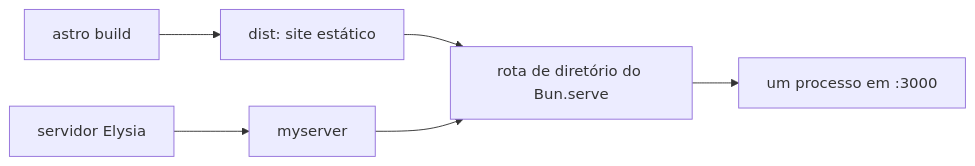
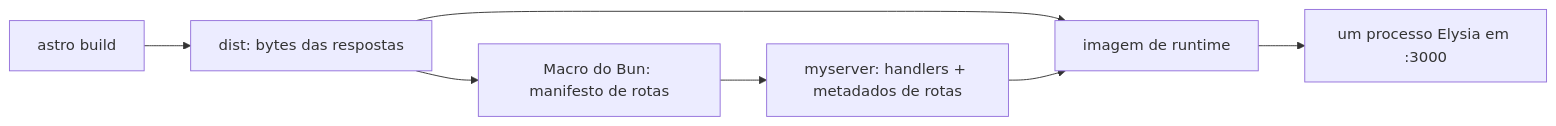
One commit to ErickCReis/ErickCReis changed the first of 2 diagrams in web/content/blog/shipping-astro-from-a-bun-server.pt-BR.mdx. Above: the diagram before and after it, drawn with Mermaid. The commit also changed other lines of this file and 4 other files, not shown here.

Commit message:
Upgrade Bun and refresh server asset handling

````diff
--- a/web/content/blog/shipping-astro-from-a-bun-server.pt-BR.mdx
+++ b/web/content/blog/shipping-astro-from-a-bun-server.pt-BR.mdx
@@ -10,8 +10,9 @@
 ```mermaid center
 flowchart LR
-  Astro["astro build"] --> Dist["dist: site estático"]
-  Server["servidor Elysia"] --> Binary["myserver"]
-  Dist --> Directory["rota de diretório do Bun.serve"]
-  Binary --> Directory
-  Directory --> Process["um processo em :3000"]
+  Astro["astro build"] --> Dist["dist: bytes das respostas"]
+  Dist --> Macro["Macro do Bun: manifesto de rotas"]
+  Macro --> Binary["myserver: handlers + metadados de rotas"]
+  Dist --> Image["imagem de runtime"]
+  Binary --> Image
+  Image --> Elysia["um processo Elysia em :3000"]
 ```
````
